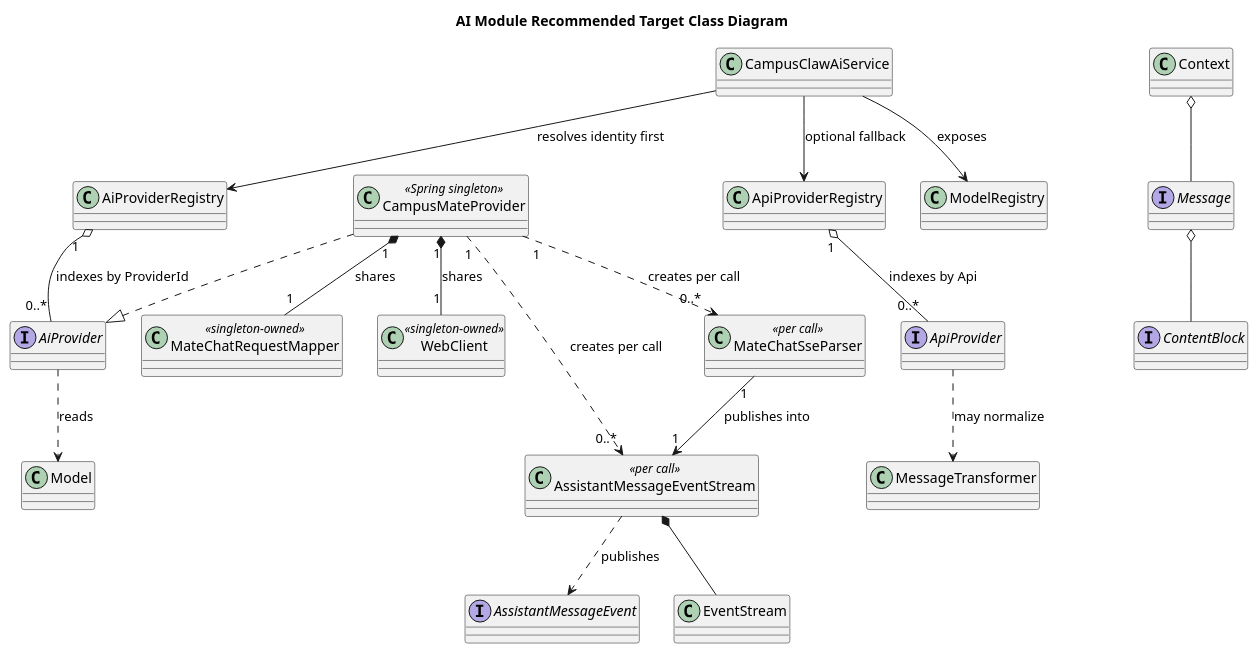
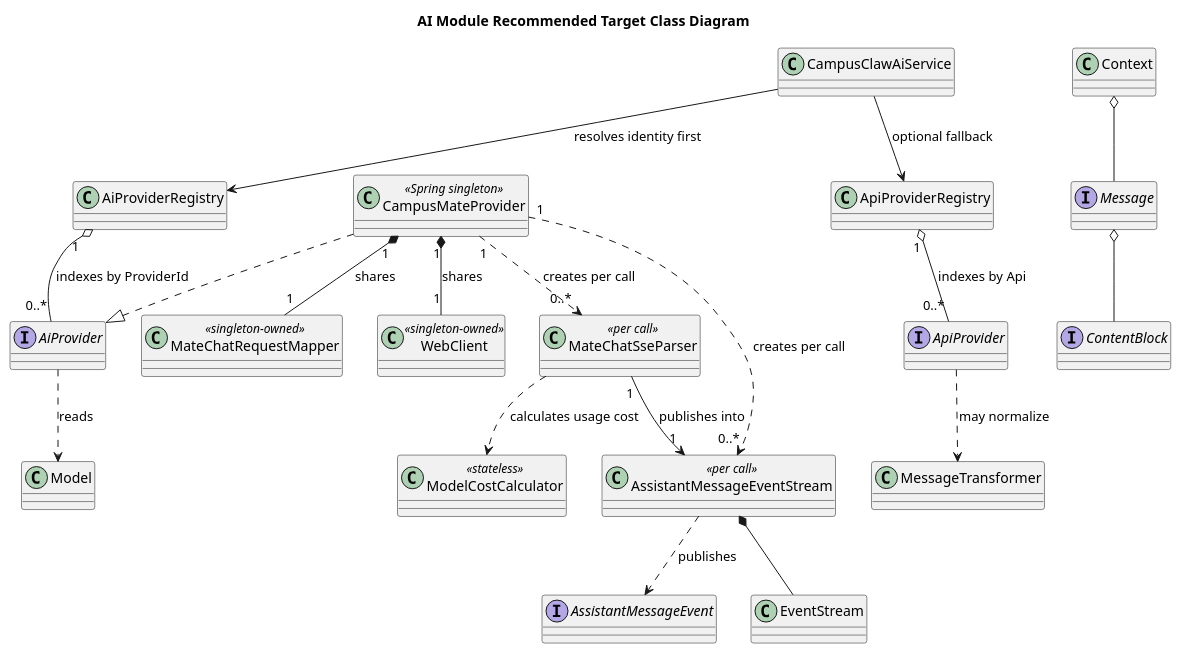
Before and after one commit to 2862282695gjh-afk/pi-mono-java: the third of 3 diagrams in docs/designs/ai/diagram.puml, drawn with PlantUML. The commit also changed 68 other files, not shown here.

Commit message:
refactor(model): 仅使用业务 Agent 设置解析模型

```diff
--- a/docs/designs/ai/diagram.puml
+++ b/docs/designs/ai/diagram.puml
@@ -66,50 +66,50 @@
 @startuml core-classes
 title AI Module Recommended Target Class Diagram
 skinparam classAttributeIconSize 0
 
 ' Source evidence: modules/ai/src/main/java/com/campusclaw/ai/CampusClawAiService.java#streamSimple.
 ' Source evidence: modules/ai/src/main/java/com/campusclaw/ai/provider/AiProviderRegistry.java#getProvider.
 ' Source evidence: modules/ai/src/main/java/com/campusclaw/ai/provider/ApiProviderRegistry.java#register.
-' Source evidence: modules/ai/src/main/java/com/campusclaw/ai/model/ModelRegistry.java#init.
-' This change: modules/ai/src/main/java/com/campusclaw/ai/provider/mate/CampusMateProvider.java.
-' Design reason: keep identity routing, optional protocol extensions, and model loading explicit.
+' Source evidence: modules/ai/src/main/java/com/campusclaw/ai/model/ModelCostCalculator.java#calculate.
+' Model cleanup baseline: pi-mono-java 840d04405d2bcc80a41b9d3b3f16606cc4845338.
+' Design reason: AI only routes resolved Models; business Agent settings own model selection.
 ' Lifecycle: CampusMateProvider, MateChatRequestMapper, and WebClient are shared by one Spring singleton.
 ' Lifecycle: MateChatSseParser and AssistantMessageEventStream are created once per model call.
 
 class CampusClawAiService
 interface AiProvider
 class AiProviderRegistry
 class CampusMateProvider <<Spring singleton>>
 interface ApiProvider
 class ApiProviderRegistry
-class ModelRegistry
+class ModelCostCalculator <<stateless>>
 class MateChatRequestMapper <<singleton-owned>>
 class WebClient <<singleton-owned>>
 class MateChatSseParser <<per call>>
 interface AssistantMessageEvent
 class AssistantMessageEventStream <<per call>>
 class EventStream
 interface Message
 interface ContentBlock
 class Model
 class Context
 class MessageTransformer
 
 CampusClawAiService --> AiProviderRegistry : resolves identity first
 CampusClawAiService --> ApiProviderRegistry : optional fallback
-CampusClawAiService --> ModelRegistry : exposes
 AiProviderRegistry "1" o-- "0..*" AiProvider : indexes by ProviderId
 CampusMateProvider ..|> AiProvider
 ApiProviderRegistry "1" o-- "0..*" ApiProvider : indexes by Api
 CampusMateProvider "1" *-- "1" MateChatRequestMapper : shares
 CampusMateProvider "1" *-- "1" WebClient : shares
 CampusMateProvider "1" ..> "0..*" MateChatSseParser : creates per call
 CampusMateProvider "1" ..> "0..*" AssistantMessageEventStream : creates per call
 MateChatSseParser "1" --> "1" AssistantMessageEventStream : publishes into
+MateChatSseParser ..> ModelCostCalculator : calculates usage cost
 AssistantMessageEventStream *-- EventStream
 AssistantMessageEventStream ..> AssistantMessageEvent : publishes
 Context o-- Message
 Message o-- ContentBlock
 AiProvider ..> Model : reads
 ApiProvider ..> MessageTransformer : may normalize
 @enduml
```
